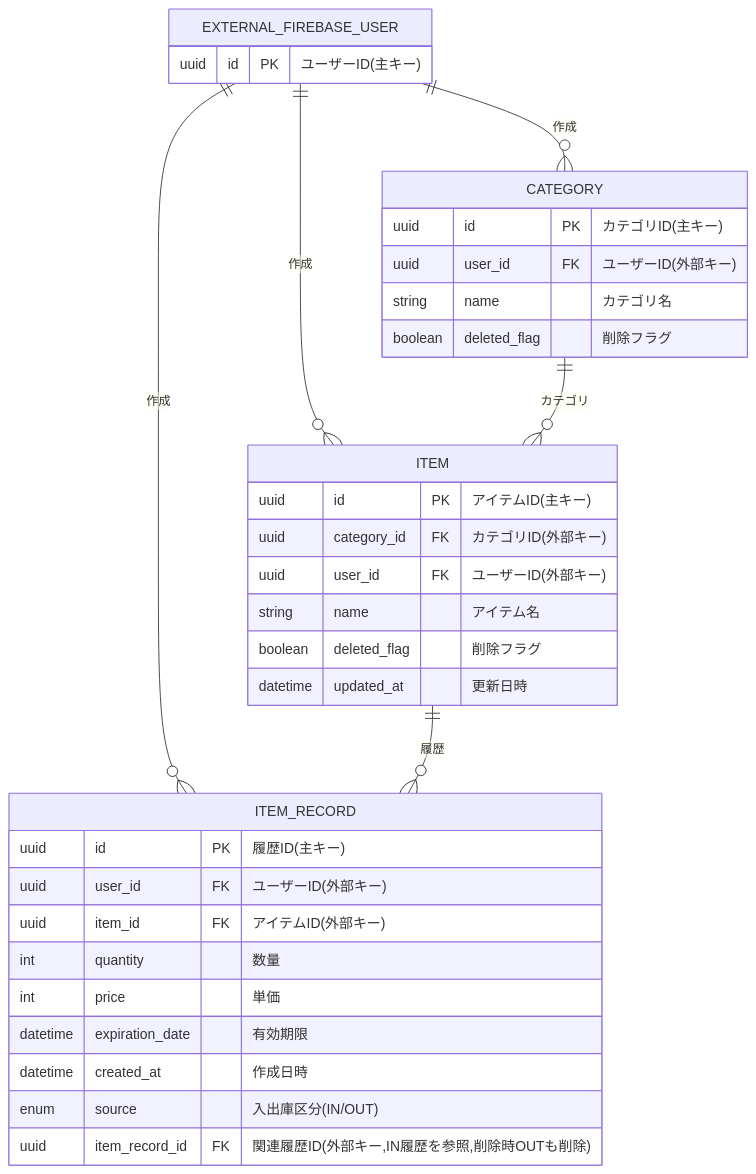
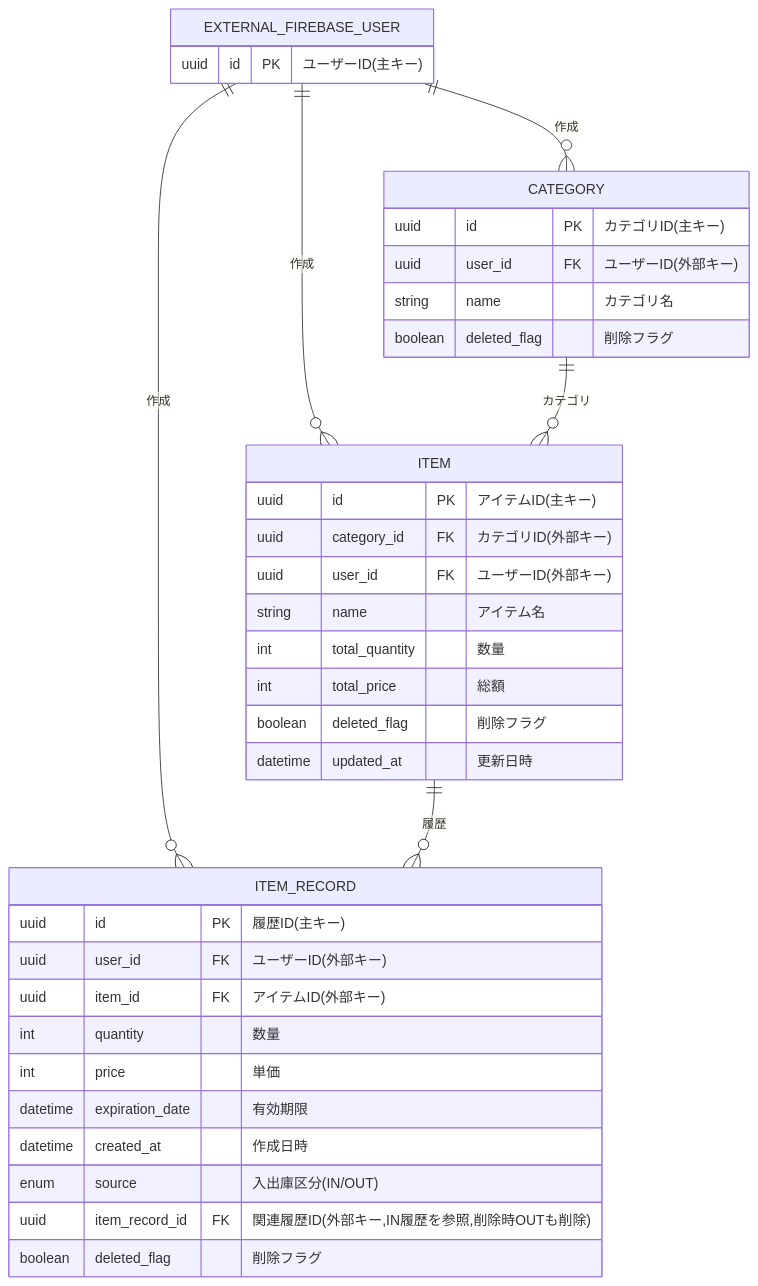
Before and after one commit to haya790315/inventory-app: the diagram in app-info/er.md, drawn with Mermaid. The commit also changed other lines of this file and 2 other files, not shown here.

Commit message:
テーブルの構成要件修正

````diff
--- a/app-info/er.md
+++ b/app-info/er.md
@@ -3,40 +3,43 @@
 ```mermaid
 erDiagram
   EXTERNAL_FIREBASE_USER {
     uuid id PK "ユーザーID(主キー)"
   }
 
   CATEGORY {
     uuid id PK "カテゴリID(主キー)"
     uuid user_id FK "ユーザーID(外部キー)"
     string name "カテゴリ名"
     boolean deleted_flag "削除フラグ"
   }
 
   ITEM {
     uuid id PK "アイテムID(主キー)"
     uuid category_id FK "カテゴリID(外部キー)"
     uuid user_id FK "ユーザーID(外部キー)"
     string name "アイテム名"
+    int total_quantity "数量"
+    int total_price "総額"
     boolean deleted_flag "削除フラグ"
     datetime updated_at "更新日時"
   }
 
   ITEM_RECORD {
     uuid id PK "履歴ID(主キー)"
     uuid user_id FK "ユーザーID(外部キー)"
     uuid item_id FK "アイテムID(外部キー)"
     int quantity "数量"
     int price "単価"
     datetime expiration_date "有効期限"
     datetime created_at "作成日時"
-      enum source "入出庫区分(IN/OUT)"
-      uuid item_record_id FK "関連履歴ID(外部キー,IN履歴を参照,削除時OUTも削除)"
+    enum source "入出庫区分(IN/OUT)"
+    uuid item_record_id FK "関連履歴ID(外部キー,IN履歴を参照,削除時OUTも削除)"
+    boolean deleted_flag "削除フラグ"
   }
 
   EXTERNAL_FIREBASE_USER ||--o{ CATEGORY : "作成"
   EXTERNAL_FIREBASE_USER ||--o{ ITEM : "作成"
   EXTERNAL_FIREBASE_USER ||--o{ ITEM_RECORD : "作成"
   CATEGORY ||--o{ ITEM : "カテゴリ"
   ITEM ||--o{ ITEM_RECORD : "履歴"
 ```
````
